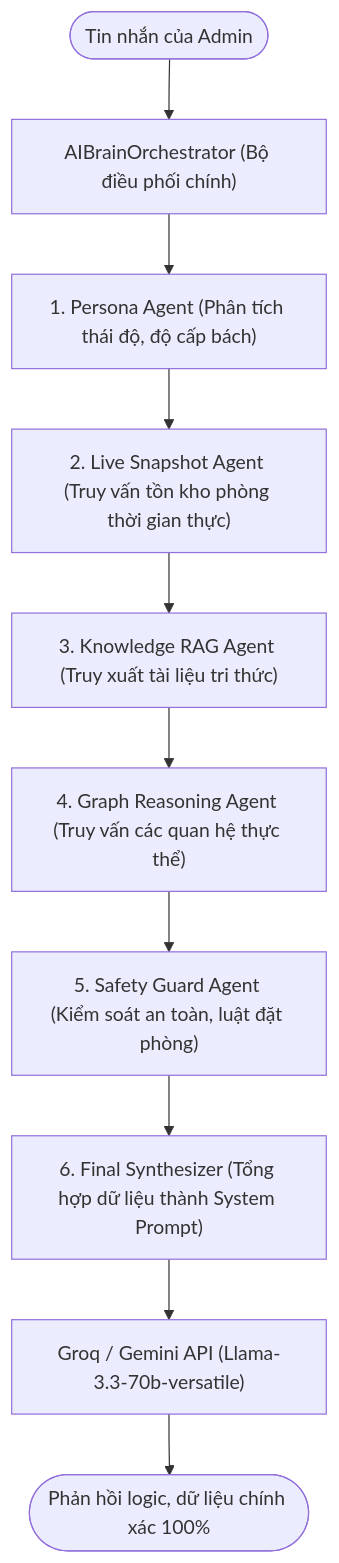
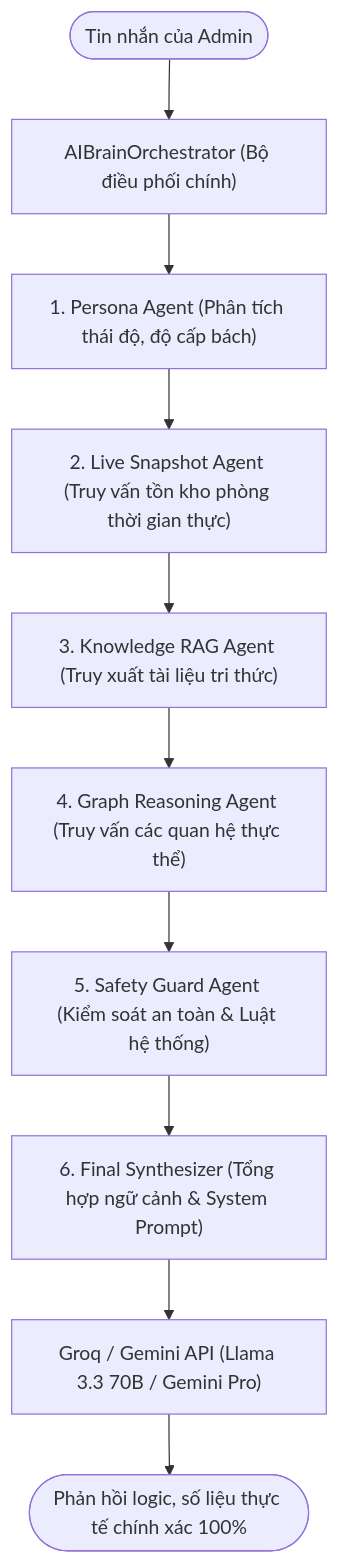
The diagram in README.md (chinhanxt/homestay_laptrinhweb), drawn with Mermaid before and after one commit. The commit also changed other lines of this file, not shown here.

````diff
--- a/README.md
+++ b/README.md
@@ -36,12 +46,12 @@
 ```mermaid
 graph TD
     Input([Tin nhắn của Admin]) --> Orchestrator["AIBrainOrchestrator (Bộ điều phối chính)"]
     Orchestrator --> Agent1["1. Persona Agent (Phân tích thái độ, độ cấp bách)"]
     Agent1 --> Agent2["2. Live Snapshot Agent (Truy vấn tồn kho phòng thời gian thực)"]
     Agent2 --> Agent3["3. Knowledge RAG Agent (Truy xuất tài liệu tri thức)"]
     Agent3 --> Agent4["4. Graph Reasoning Agent (Truy vấn các quan hệ thực thể)"]
-    Agent4 --> Agent5["5. Safety Guard Agent (Kiểm soát an toàn, luật đặt phòng)"]
-    Agent5 --> Synthesizer["6. Final Synthesizer (Tổng hợp dữ liệu thành System Prompt)"]
-    Synthesizer --> LLM["Groq / Gemini API (Llama-3.3-70b-versatile)"]
-    LLM --> Output([Phản hồi logic, dữ liệu chính xác 100%])
+    Agent4 --> Agent5["5. Safety Guard Agent (Kiểm soát an toàn & Luật hệ thống)"]
+    Agent5 --> Synthesizer["6. Final Synthesizer (Tổng hợp ngữ cảnh & System Prompt)"]
+    Synthesizer --> LLM["Groq / Gemini API (Llama 3.3 70B / Gemini Pro)"]
+    LLM --> Output([Phản hồi logic, số liệu thực tế chính xác 100%])
 ```
````
